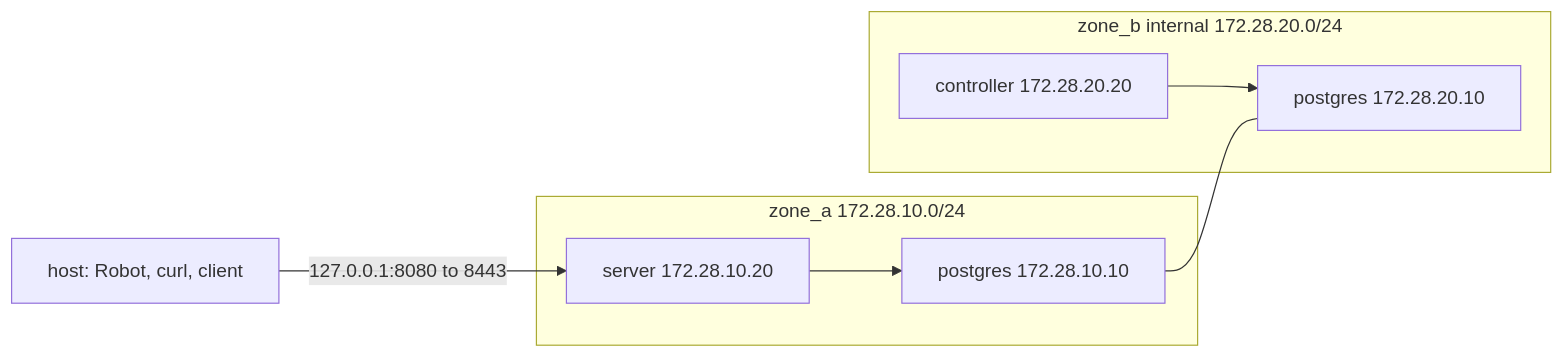
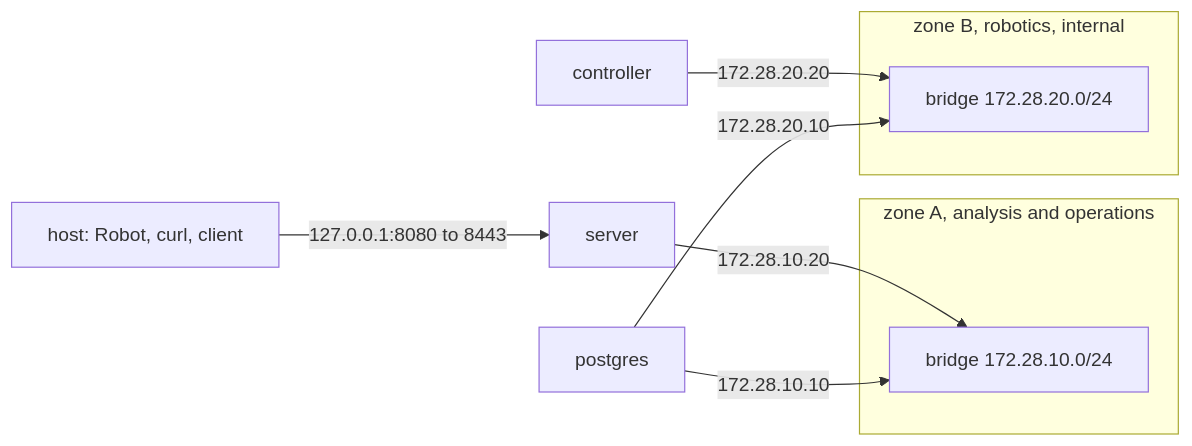
The diagram in tests/e2e/README.md (jgmatu/postgresql), drawn with Mermaid before and after one commit. The commit also changed other lines of this file and 8 other files, not shown here.

````diff
--- a/tests/e2e/README.md
+++ b/tests/e2e/README.md
@@ -67,16 +67,20 @@
 ```mermaid
 flowchart LR
     host["host: Robot, curl, client"]
-    subgraph zoneA ["zone_a 172.28.10.0/24"]
-        server["server 172.28.10.20"]
-        pgA["postgres 172.28.10.10"]
+    server["server"]
+    controller["controller"]
+    postgres["postgres"]
+
+    subgraph zoneA ["zone A, analysis and operations"]
+        netA["bridge 172.28.10.0/24"]
     end
-    subgraph zoneB ["zone_b internal 172.28.20.0/24"]
-        controller["controller 172.28.20.20"]
-        pgB["postgres 172.28.20.10"]
+    subgraph zoneB ["zone B, robotics, internal"]
+        netB["bridge 172.28.20.0/24"]
     end
+
     host -->|"127.0.0.1:8080 to 8443"| server
-    server --> pgA
-    controller --> pgB
-    pgA --- pgB
+    server -->|"172.28.10.20"| netA
+    postgres -->|"172.28.10.10"| netA
+    controller -->|"172.28.20.20"| netB
+    postgres -->|"172.28.20.10"| netB
 ```
````
